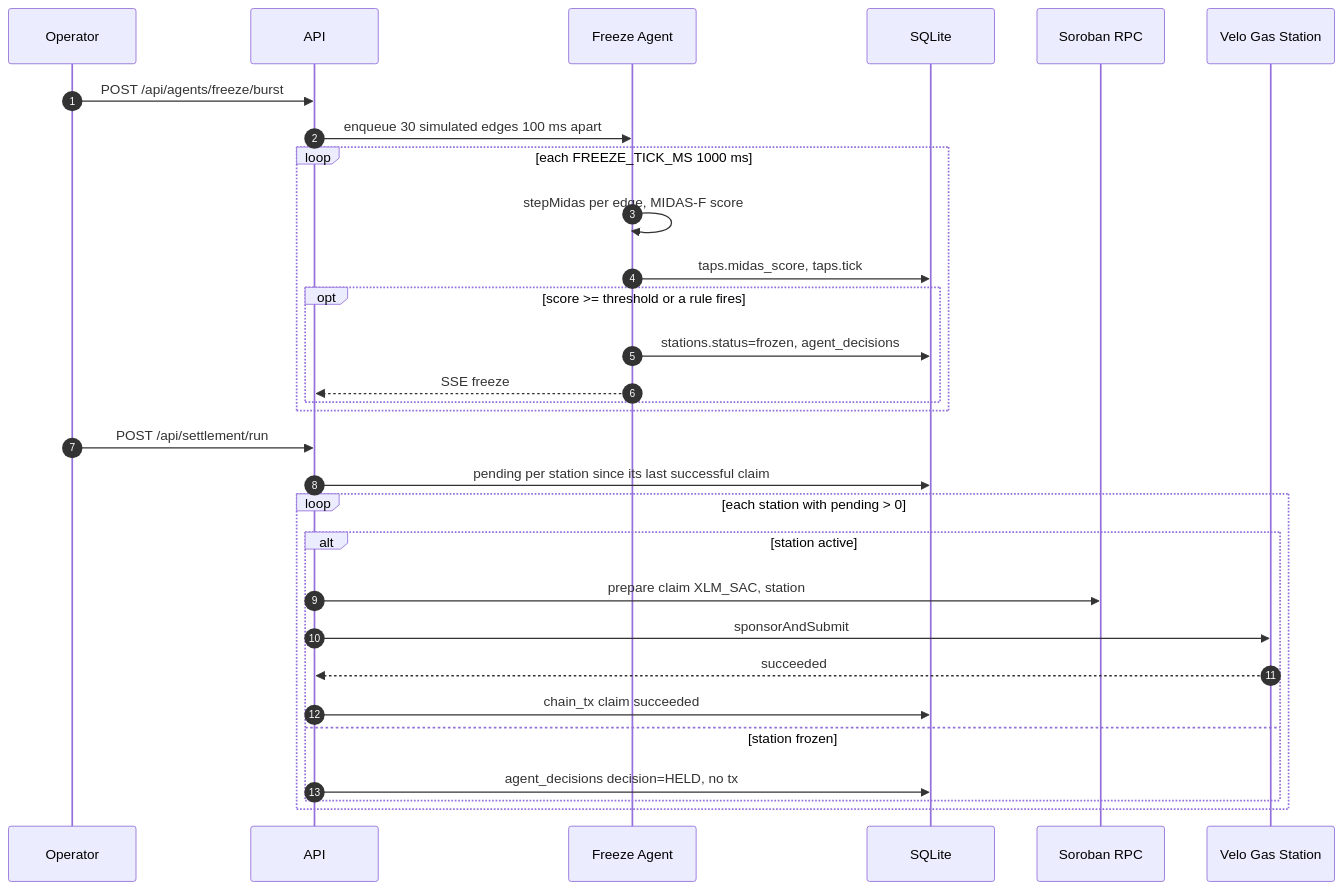
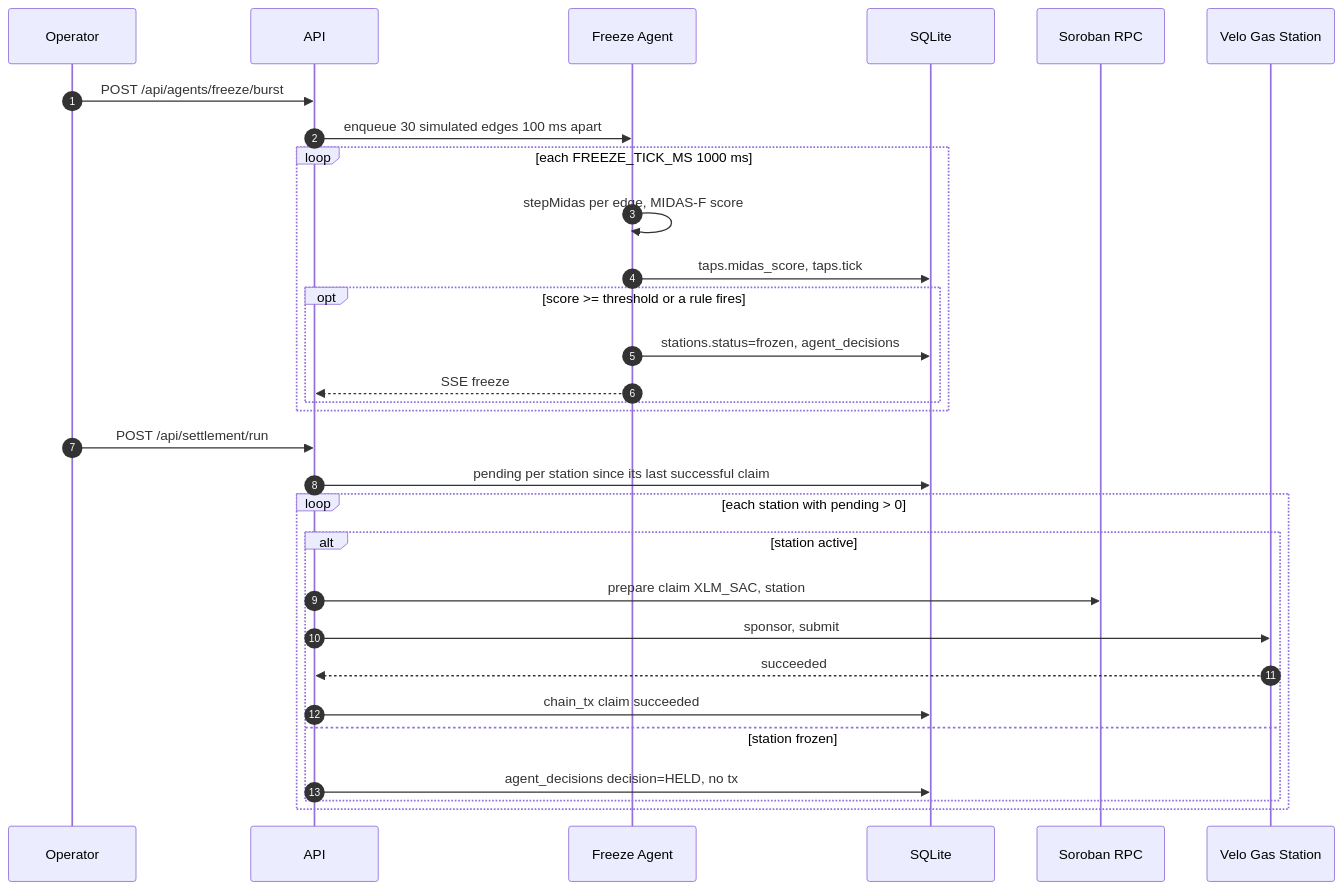
Before and after one commit to Jimuelle07/TAPat: the sixth of 7 diagrams in docs/system-design.md, drawn with Mermaid. The commit also changed other lines of this file and 17 other files, not shown here.

````diff
--- a/docs/system-design.md
+++ b/docs/system-design.md
@@ -412,33 +412,33 @@
 ```mermaid
 sequenceDiagram
     autonumber
     participant Op as Operator
     participant API as API
     participant FA as Freeze Agent
     participant DB as SQLite
     participant RPC as Soroban RPC
     participant Gas as Velo Gas Station
 
     Op->>API: POST /api/agents/freeze/burst
     API->>FA: enqueue 30 simulated edges 100 ms apart
     loop each FREEZE_TICK_MS 1000 ms
         FA->>FA: stepMidas per edge, MIDAS-F score
         FA->>DB: taps.midas_score, taps.tick
         opt score >= threshold or a rule fires
             FA->>DB: stations.status=frozen, agent_decisions
             FA-->>API: SSE freeze
         end
     end
     Op->>API: POST /api/settlement/run
     API->>DB: pending per station since its last successful claim
     loop each station with pending > 0
         alt station active
             API->>RPC: prepare claim XLM_SAC, station
-            API->>Gas: sponsorAndSubmit
+            API->>Gas: sponsor, submit
             Gas-->>API: succeeded
             API->>DB: chain_tx claim succeeded
         else station frozen
             API->>DB: agent_decisions decision=HELD, no tx
         end
     end
 ```
````
